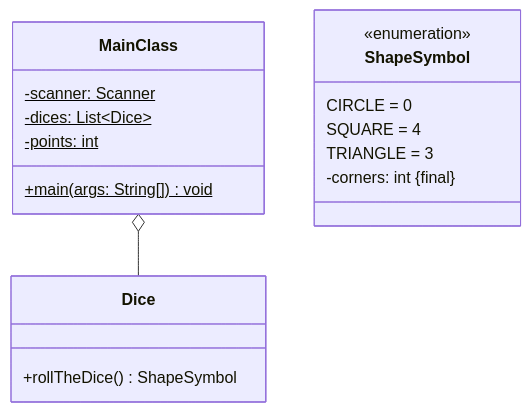
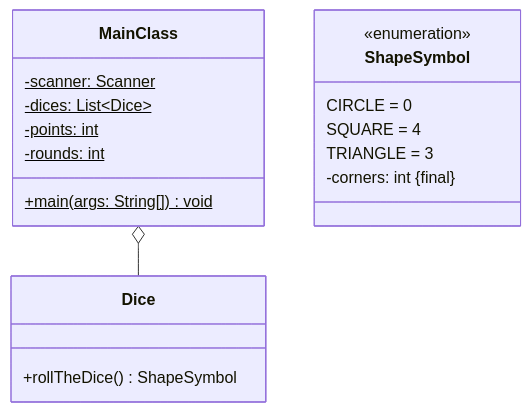
Before and after one commit to jappuccini/java-docs: the diagram in docs/exam-exercises/exam-exercises-java1/dice-game-02.md, drawn with Mermaid. The commit also changed 2 other files, not shown here.

````diff
--- a/docs/exam-exercises/exam-exercises-java1/dice-game-02.md
+++ b/docs/exam-exercises/exam-exercises-java1/dice-game-02.md
@@ -12,23 +12,24 @@
 ```mermaid
 classDiagram
     MainClass o-- Dice
 
     class MainClass {
         -scanner: Scanner$
         -dices: List~Dice~$
         -points: int$
+        -rounds: int$
         +main(args: String[]) void$
     }
 
     class Dice {
         +rollTheDice() ShapeSymbol
     }
 
     class ShapeSymbol {
         <<enumeration>>
         CIRCLE = 0
         SQUARE = 4
         TRIANGLE = 3
         -corners: int &#123final&#125
     }
 ```
````
